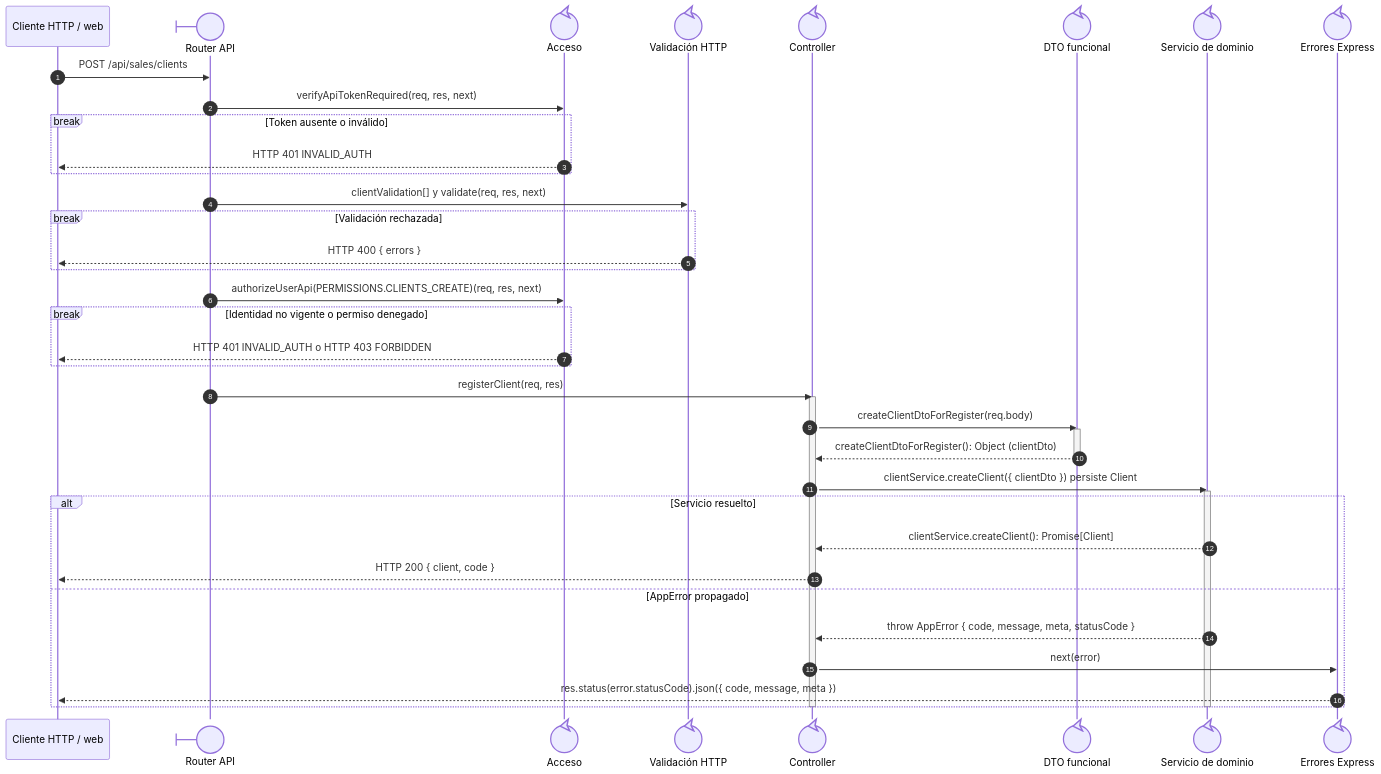
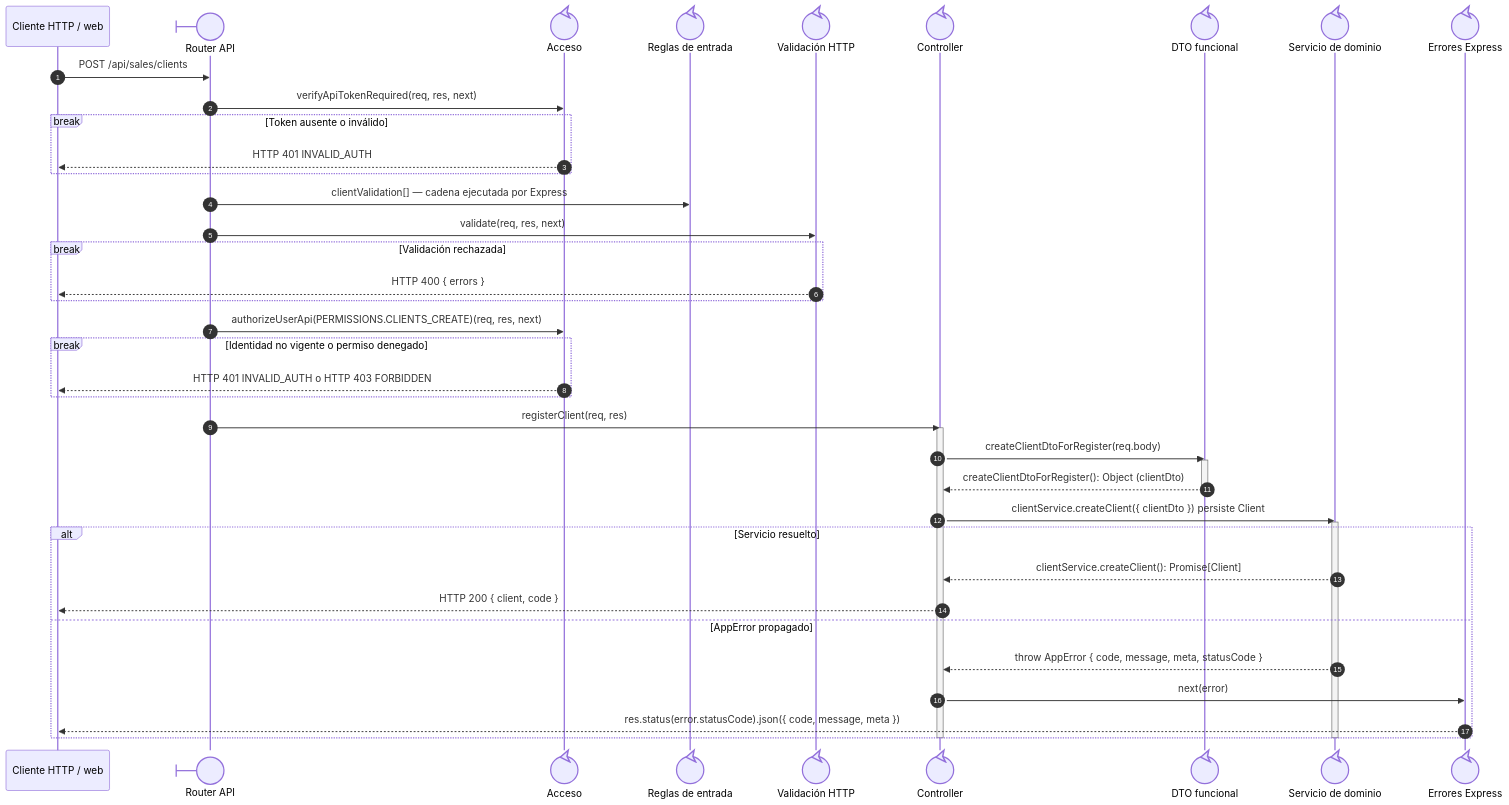
Before and after one commit to gpgsistemas01/nexus: the diagram in docs/architecture/views/processes/backend-code-sequences/catalogs/cu-cat-06.md, drawn with Mermaid. The commit also changed other lines of this file and 191 other files, not shown here.

Commit message:
docs: trace sequence lifelines to distinct implementation files

````diff
--- a/docs/architecture/views/processes/backend-code-sequences/catalogs/cu-cat-06.md
+++ b/docs/architecture/views/processes/backend-code-sequences/catalogs/cu-cat-06.md
@@ -29,44 +30,46 @@
 ```mermaid
 sequenceDiagram
     autonumber
     participant Client as Cliente HTTP / web
     participant Route@{ "type": "boundary" } as Router API
     participant Auth@{ "type": "control" } as Acceso
+    participant ValidationRules@{ "type": "control" } as Reglas de entrada
     participant Validator@{ "type": "control" } as Validación HTTP
     participant Controller@{ "type": "control" } as Controller
     participant ClientDto@{ "type": "control" } as DTO funcional
     participant Domain@{ "type": "control" } as Servicio de dominio
     participant ErrorHandler@{ "type": "control" } as Errores Express
 
     Client->>Route: POST /api/sales/clients
     Route->>Auth: verifyApiTokenRequired(req, res, next)
     break Token ausente o inválido
         Auth-->>Client: HTTP 401 INVALID_AUTH
     end
-    Route->>Validator: clientValidation[] y validate(req, res, next)
+    Route->>ValidationRules: clientValidation[] — cadena ejecutada por Express
+    Route->>Validator: validate(req, res, next)
     break Validación rechazada
         Validator-->>Client: HTTP 400 { errors }
     end
     Route->>Auth: authorizeUserApi(PERMISSIONS.CLIENTS_CREATE)(req, res, next)
     break Identidad no vigente o permiso denegado
         Auth-->>Client: HTTP 401 INVALID_AUTH o HTTP 403 FORBIDDEN
     end
     Route->>Controller: registerClient(req, res)
     activate Controller
     Controller->>ClientDto: createClientDtoForRegister(req.body)
     activate ClientDto
     ClientDto-->>Controller: createClientDtoForRegister(): Object (clientDto)
     deactivate ClientDto
     Controller->>Domain: clientService.createClient({ clientDto }) persiste Client
     activate Domain
     alt Servicio resuelto
         Domain-->>Controller: clientService.createClient(): Promise[Client]
         Controller-->>Client: HTTP 200 { client, code }
     else AppError propagado
         Domain-->>Controller: throw AppError { code, message, meta, statusCode }
         Controller->>ErrorHandler: next(error)
         ErrorHandler-->>Client: res.status(error.statusCode).json({ code, message, meta })
     end
     deactivate Domain
     deactivate Controller
 ```
````
